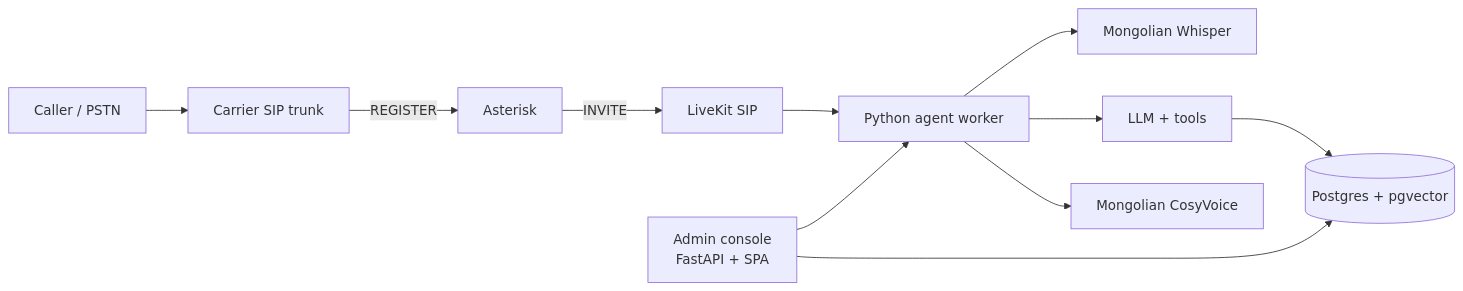
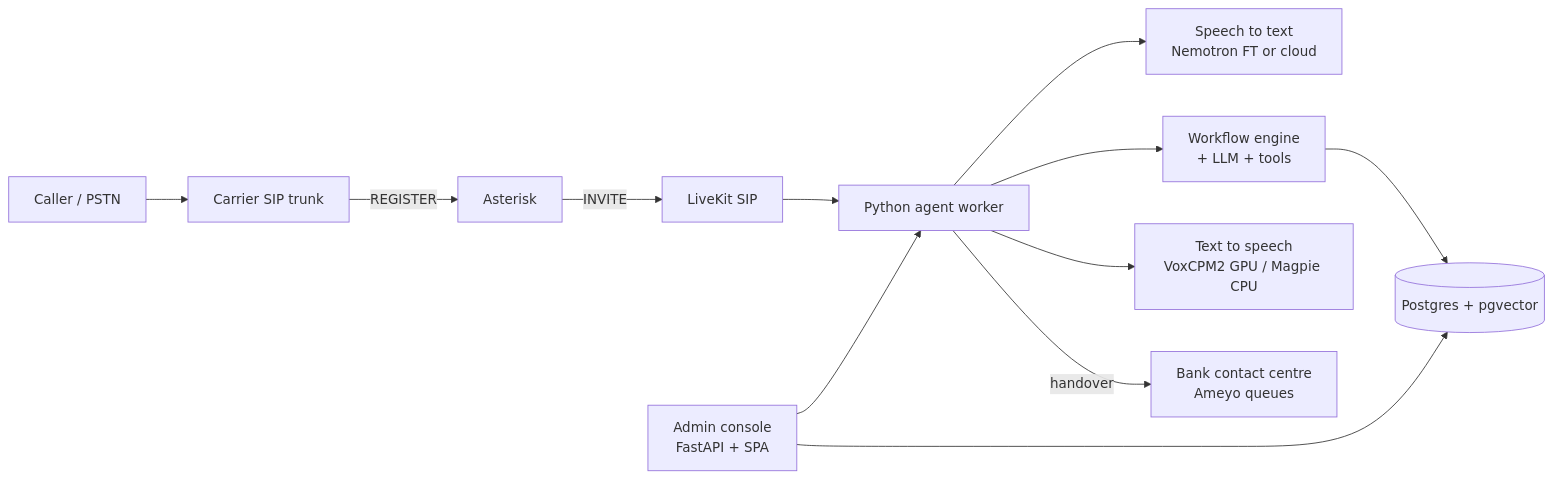
The diagram in voiceos/README.md (enkhbatg/portfolio), drawn with Mermaid before and after one commit. The commit also changed other lines of this file and 5 other files, not shown here.

First line of the commit message:
Add Delegate case study; update VoiceOS and speech models to November 2026 (#1)

````diff
--- a/voiceos/README.md
+++ b/voiceos/README.md
@@ -33,13 +39,14 @@
 ```mermaid
 flowchart LR
   PSTN[Caller / PSTN] --> Trunk[Carrier SIP trunk]
   Trunk -->|REGISTER| AST[Asterisk]
   AST -->|INVITE| LK[LiveKit SIP]
   LK --> W[Python agent worker]
-  W --> STT[Mongolian Whisper]
-  W --> LLM[LLM + tools]
-  W --> TTS[Mongolian CosyVoice]
+  W --> STT[Speech to text<br/>Nemotron FT or cloud]
+  W --> LLM[Workflow engine<br/>+ LLM + tools]
+  W --> TTS[Text to speech<br/>VoxCPM2 GPU / Magpie CPU]
+  W -->|handover| CC[Bank contact centre<br/>Ameyo queues]
   LLM --> DB[(Postgres + pgvector)]
   C[Admin console<br/>FastAPI + SPA] --> DB
   C --> W
 ```
````
